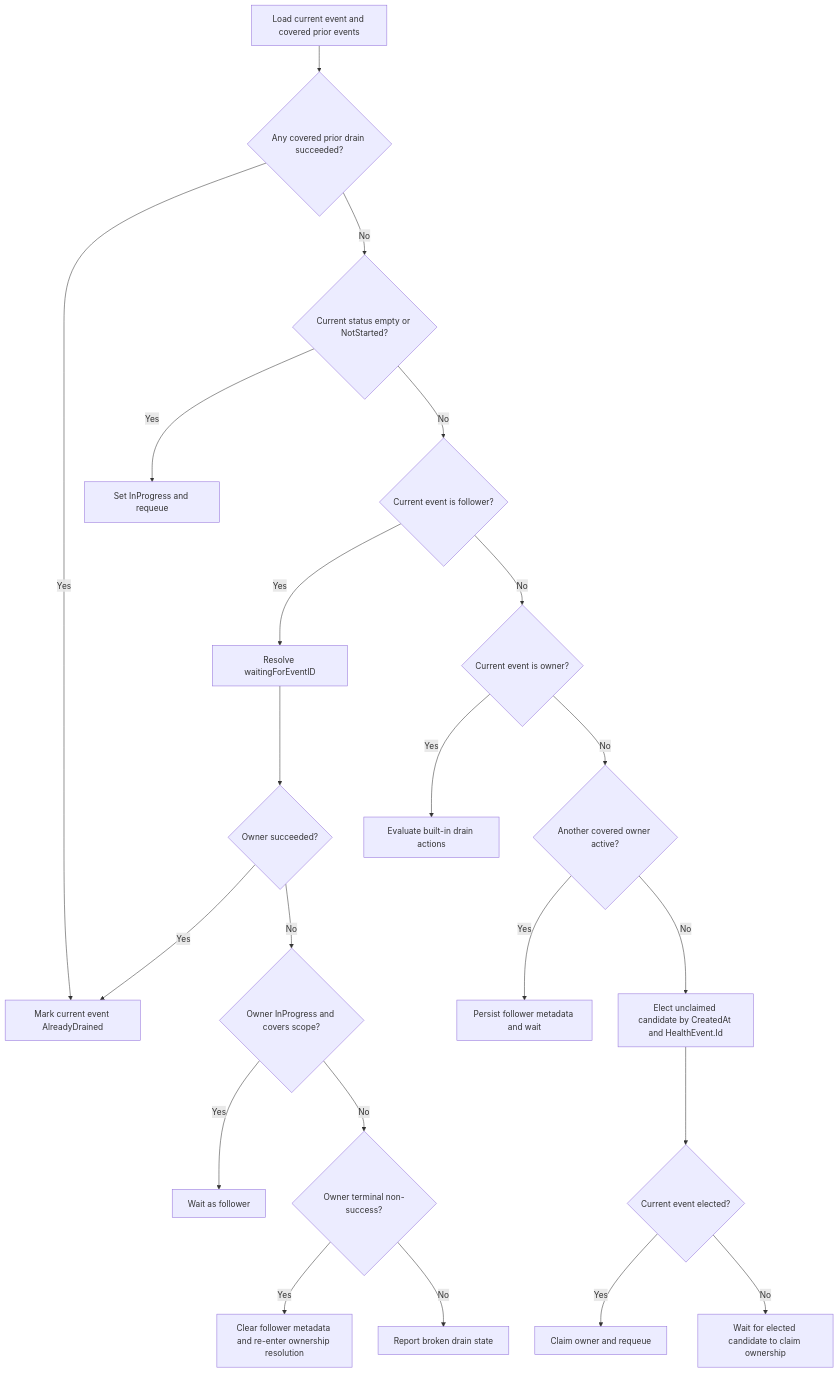
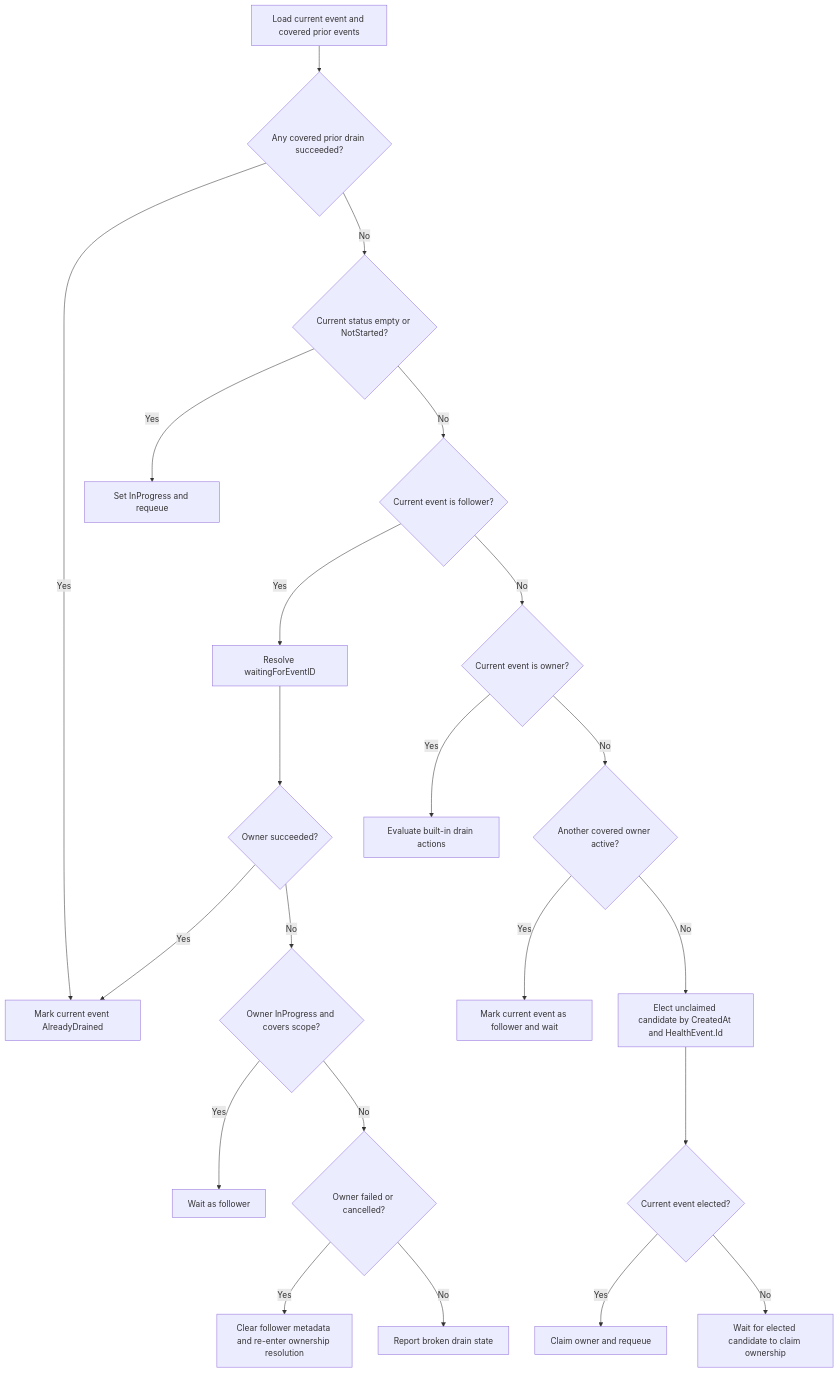
The diagram in docs/designs/040-node-drainer-overlapping-built-in-drains.md (XRFXLP/NVSentinel), drawn with Mermaid before and after one commit. The commit also changed other lines of this file, not shown here.

````diff
--- a/docs/designs/040-node-drainer-overlapping-built-in-drains.md
+++ b/docs/designs/040-node-drainer-overlapping-built-in-drains.md
@@ -67,24 +104,24 @@
 ```mermaid
 flowchart TD
     Start[Load current event and covered prior events] --> Completed{Any covered prior drain succeeded?}
     Completed -->|Yes| AlreadyDrained[Mark current event AlreadyDrained]
     Completed -->|No| NeedsProgress{Current status empty or NotStarted?}
     NeedsProgress -->|Yes| InitProgress[Set InProgress and requeue]
     NeedsProgress -->|No| IsFollower{Current event is follower?}
     IsFollower -->|Yes| ResolveOwner[Resolve waitingForEventID]
     ResolveOwner --> OwnerSucceeded{Owner succeeded?}
     OwnerSucceeded -->|Yes| AlreadyDrained
     OwnerSucceeded -->|No| OwnerActive{Owner InProgress and covers scope?}
     OwnerActive -->|Yes| WaitFollower[Wait as follower]
-    OwnerActive -->|No| OwnerTerminal{Owner terminal non-success?}
-    OwnerTerminal -->|Yes| ClearFollower[Clear follower metadata and re-enter ownership resolution]
-    OwnerTerminal -->|No| Broken[Report broken drain state]
+    OwnerActive -->|No| OwnerFailed{Owner failed or cancelled?}
+    OwnerFailed -->|Yes| ClearFollower[Clear follower metadata and re-enter ownership resolution]
+    OwnerFailed -->|No| Broken[Report broken drain state]
     IsFollower -->|No| IsOwner{Current event is owner?}
     IsOwner -->|Yes| EvaluateDrain[Evaluate built-in drain actions]
     IsOwner -->|No| CoveredOwner{Another covered owner active?}
-    CoveredOwner -->|Yes| MarkFollower[Persist follower metadata and wait]
+    CoveredOwner -->|Yes| MarkFollower[Mark current event as follower and wait]
     CoveredOwner -->|No| Elect[Elect unclaimed candidate by CreatedAt and HealthEvent.Id]
     Elect --> CurrentElected{Current event elected?}
     CurrentElected -->|Yes| ClaimOwner[Claim owner and requeue]
     CurrentElected -->|No| WaitCandidate[Wait for elected candidate to claim ownership]
 ```
````
